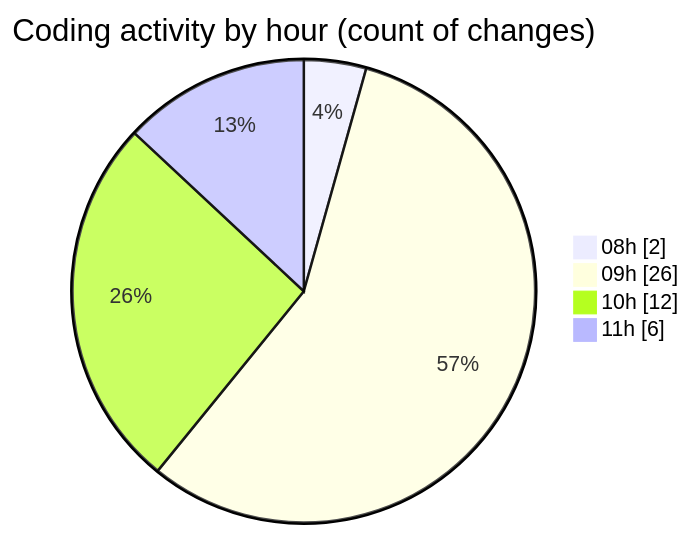
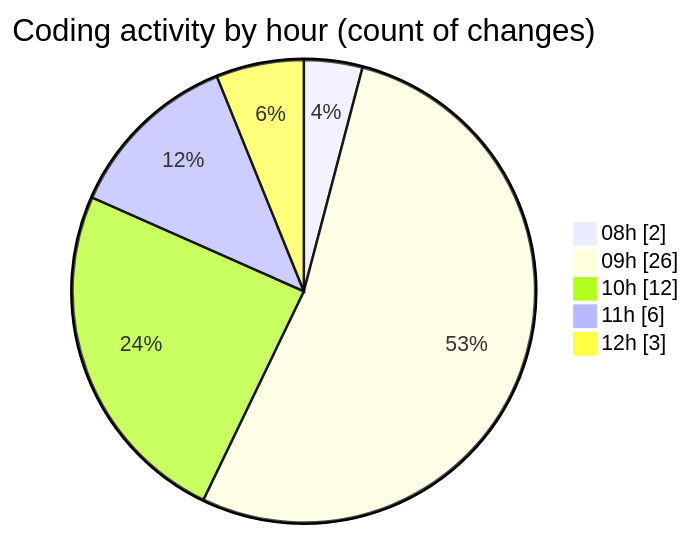
Before and after one commit to Elitesun/code-tracking: the second of 2 diagrams in 2025-05-20/niten/README.md, drawn with Mermaid. The commit also changed other lines of this file and 1 other file, not shown here.

````diff
--- a/2025-05-20/niten/README.md
+++ b/2025-05-20/niten/README.md
@@ -49,8 +50,9 @@
 ```mermaid
 pie showData
 title Coding activity by hour (count of changes)
 "08h" : 2
 "09h" : 26
 "10h" : 12
 "11h" : 6
+"12h" : 3
 ```
````
